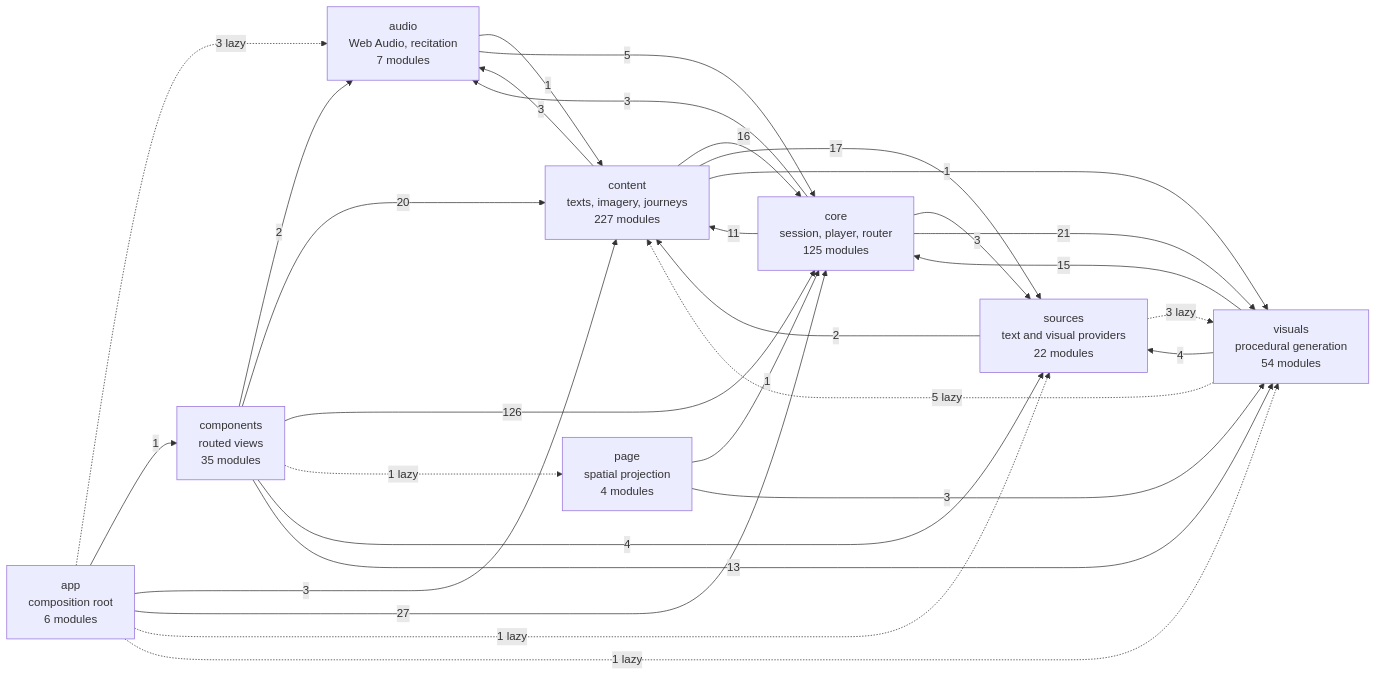
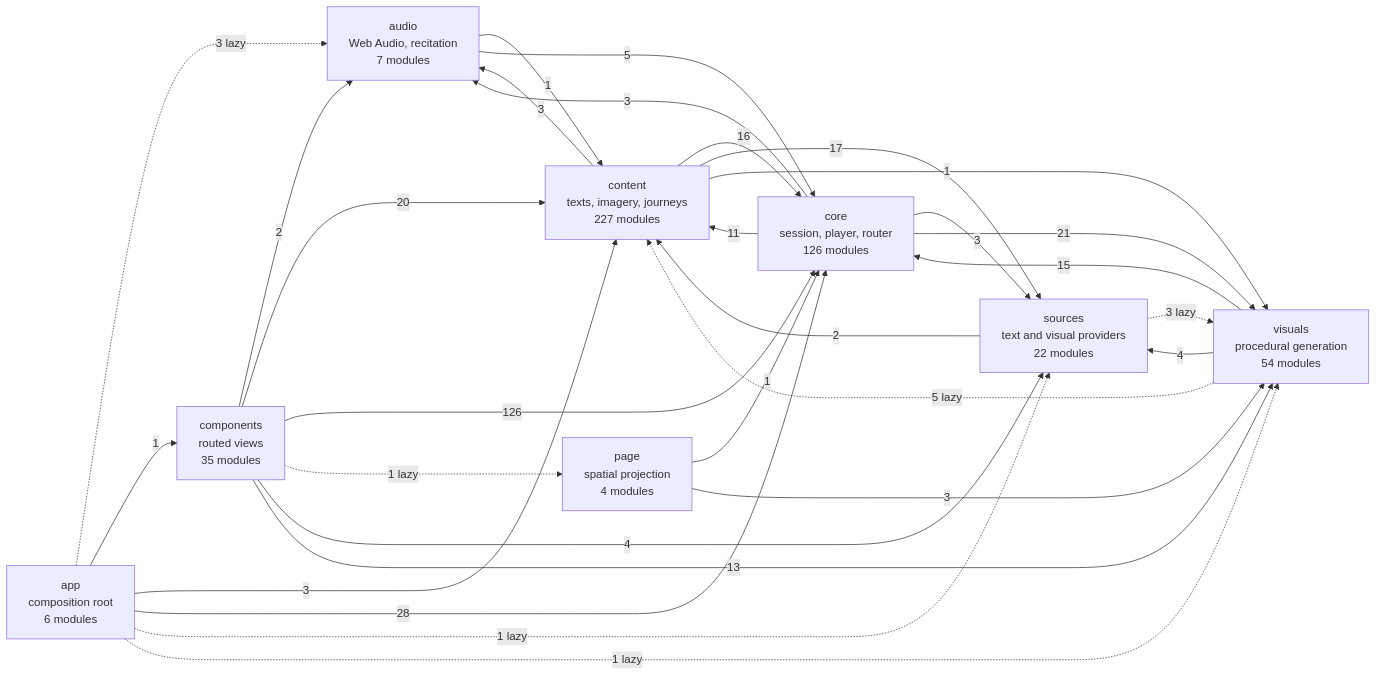
The diagram in docs/specs/ARCHITECTURE.md (SyberLabs/RISE), drawn with Mermaid before and after one commit.

Commit message:
Update architecture map for Jev sequence helper

````diff
--- a/docs/specs/ARCHITECTURE.md
+++ b/docs/specs/ARCHITECTURE.md
@@ -160,41 +160,41 @@
 ```mermaid
 flowchart LR
     app["app<br/>composition root<br/>6 modules"]
     audio["audio<br/>Web Audio, recitation<br/>7 modules"]
     components["components<br/>routed views<br/>35 modules"]
     content["content<br/>texts, imagery, journeys<br/>227 modules"]
-    core["core<br/>session, player, router<br/>125 modules"]
+    core["core<br/>session, player, router<br/>126 modules"]
     page["page<br/>spatial projection<br/>4 modules"]
     sources["sources<br/>text and visual providers<br/>22 modules"]
     visuals["visuals<br/>procedural generation<br/>54 modules"]
 
     app -.-> |3 lazy| audio
     app --> |1| components
     app --> |3| content
-    app --> |27| core
+    app --> |28| core
     app -.-> |1 lazy| sources
     app -.-> |1 lazy| visuals
     audio --> |1| content
     audio --> |5| core
     components --> |2| audio
     components --> |20| content
     components --> |126| core
     components -.-> |1 lazy| page
     components --> |4| sources
     components --> |13| visuals
     content --> |3| audio
     content --> |16| core
     content --> |17| sources
     content --> |1| visuals
     core --> |3| audio
     core --> |11| content
     core --> |3| sources
     core --> |21| visuals
     page --> |1| core
     page --> |3| visuals
     sources --> |2| content
     sources -.-> |3 lazy| visuals
     visuals -.-> |5 lazy| content
     visuals --> |15| core
     visuals --> |4| sources
 ```
````
